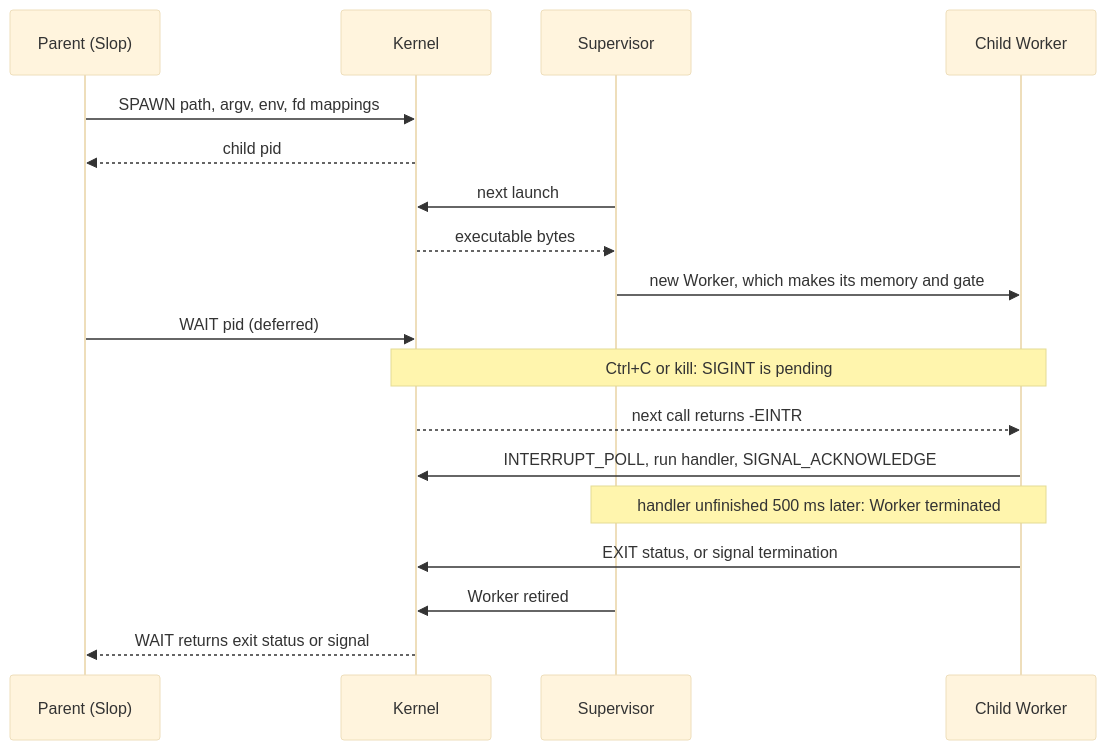
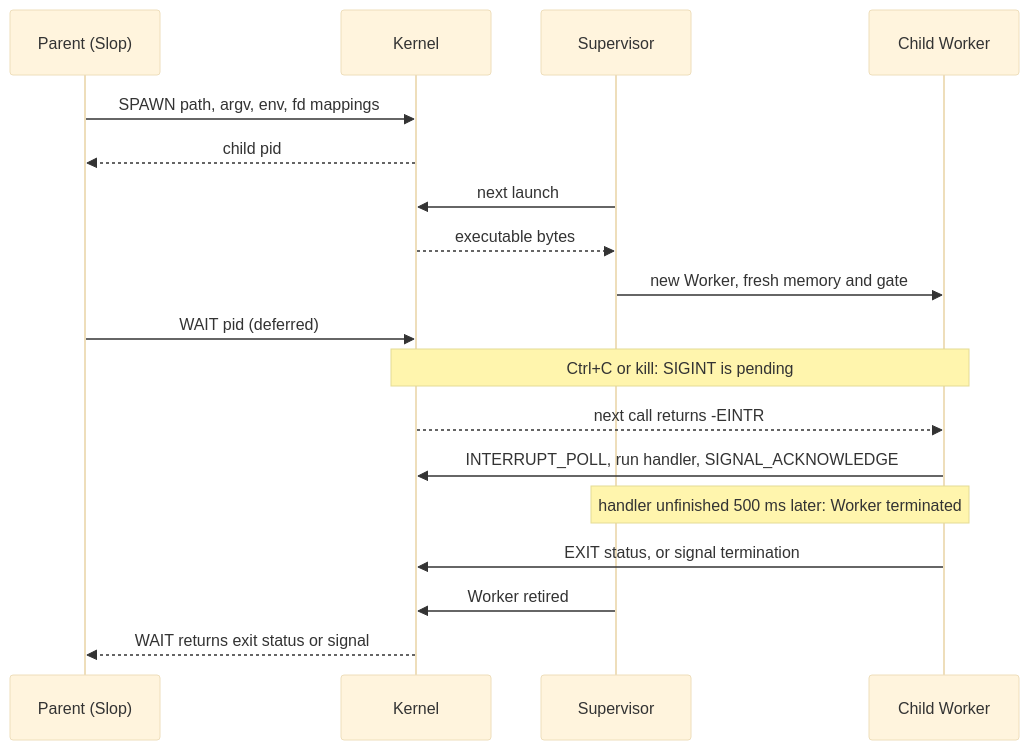
One commit to daugasauron/dolly changed the diagram in docs/process-model.md. Above: the diagram before and after it, drawn with Mermaid (base theme). The commit also changed other lines of this file and 27 other files, not shown here.

````diff
--- a/docs/process-model.md
+++ b/docs/process-model.md
@@ -10,20 +10,20 @@
 ```mermaid
 sequenceDiagram
   participant Sh as Parent (Slop)
   participant K as Kernel
   participant S as Supervisor
   participant C as Child Worker
   Sh->>K: SPAWN path, argv, env, fd mappings
   K-->>Sh: child pid
   S->>K: next launch
   K-->>S: executable bytes
-  S->>C: new Worker, which makes its memory and gate
+  S->>C: new Worker, fresh memory and gate
   Sh->>K: WAIT pid (deferred)
   Note over K,C: Ctrl+C or kill: SIGINT is pending
   K-->>C: next call returns -EINTR
   C->>K: INTERRUPT_POLL, run handler, SIGNAL_ACKNOWLEDGE
   Note over S,C: handler unfinished 500 ms later: Worker terminated
   C->>K: EXIT status, or signal termination
   S->>K: Worker retired
   K-->>Sh: WAIT returns exit status or signal
 ```
````
